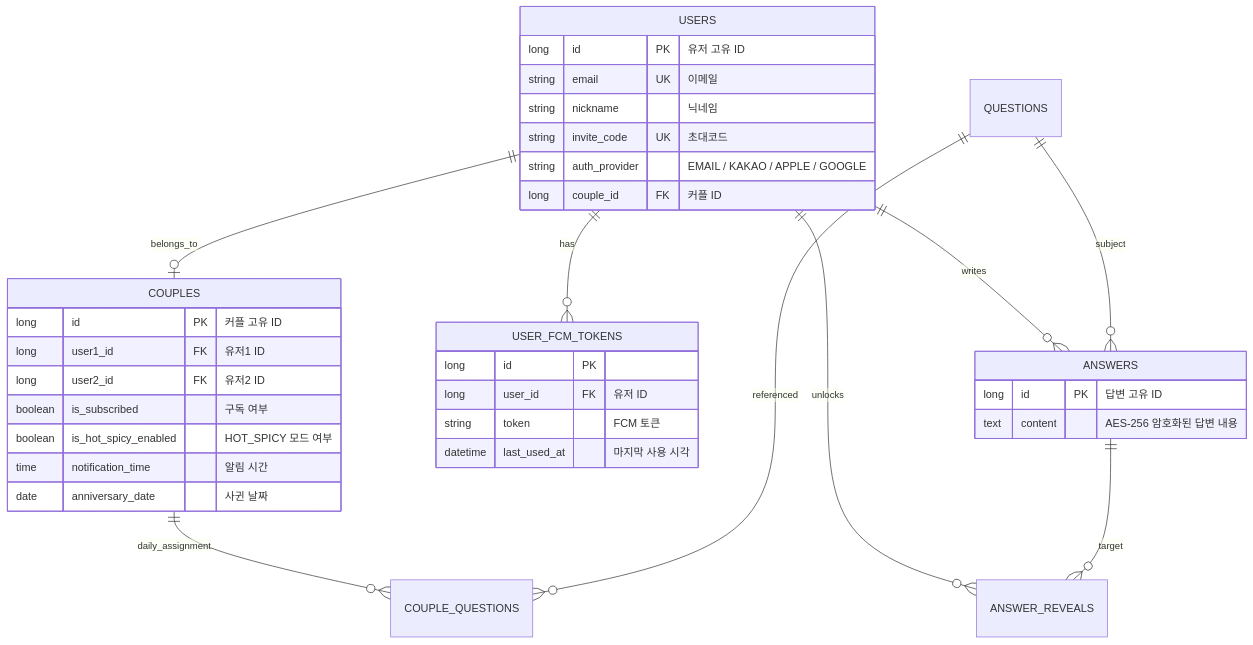
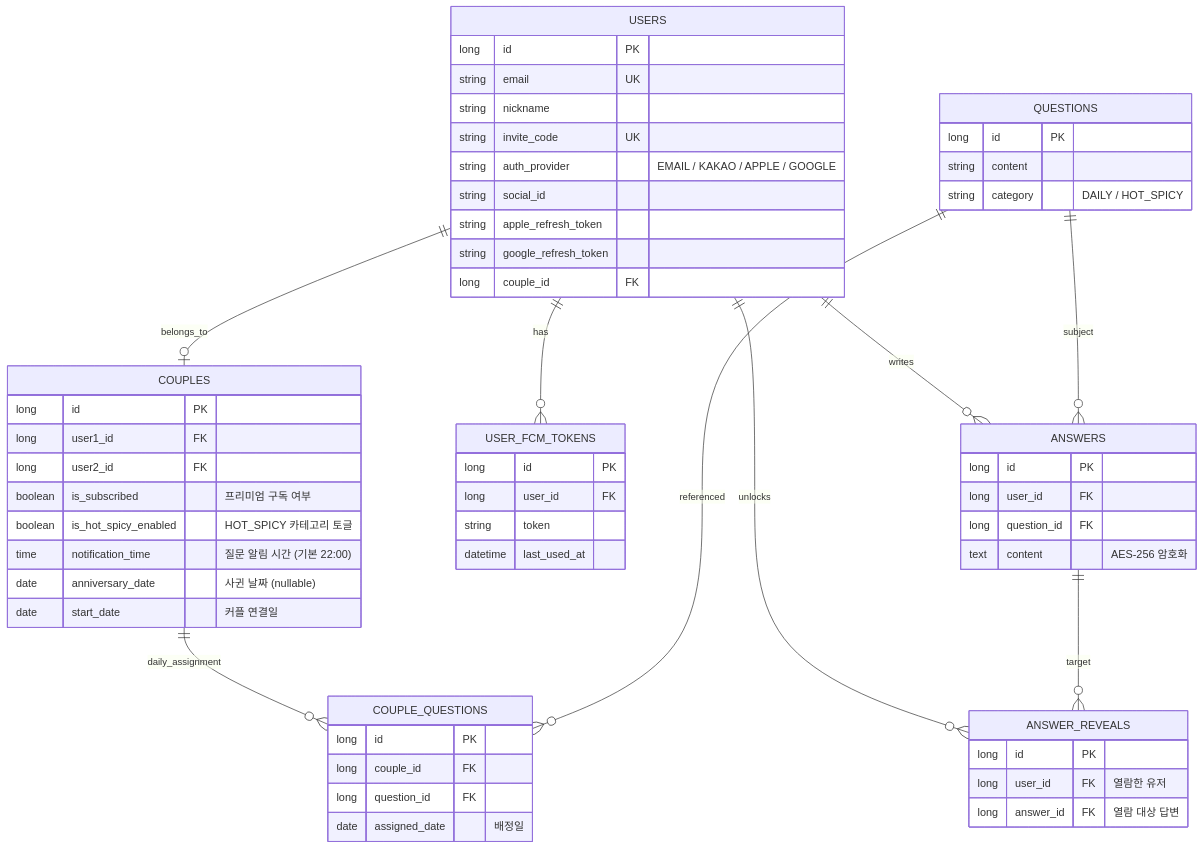
The second of 2 diagrams in README.md (un-lock/unlock-backend), drawn with Mermaid before and after one commit. The commit also changed other lines of this file and 1 other file, not shown here.

````diff
--- a/README.md
+++ b/README.md
@@ -65,39 +123,61 @@
 ```mermaid
 erDiagram
     USERS ||--o| COUPLES : "belongs_to"
     USERS ||--o{ USER_FCM_TOKENS : "has"
     COUPLES ||--o{ COUPLE_QUESTIONS : "daily_assignment"
     QUESTIONS ||--o{ COUPLE_QUESTIONS : "referenced"
     USERS ||--o{ ANSWERS : "writes"
     QUESTIONS ||--o{ ANSWERS : "subject"
     USERS ||--o{ ANSWER_REVEALS : "unlocks"
     ANSWERS ||--o{ ANSWER_REVEALS : "target"
 
     USERS {
-        long id PK "유저 고유 ID"
-        string email UK "이메일"
-        string nickname "닉네임"
-        string invite_code UK "초대코드"
+        long id PK
+        string email UK
+        string nickname
+        string invite_code UK
         string auth_provider "EMAIL / KAKAO / APPLE / GOOGLE"
-        long couple_id FK "커플 ID"
+        string social_id
+        string apple_refresh_token
+        string google_refresh_token
+        long couple_id FK
     }
     USER_FCM_TOKENS {
         long id PK
-        long user_id FK "유저 ID"
-        string token "FCM 토큰"
-        datetime last_used_at "마지막 사용 시각"
+        long user_id FK
+        string token
+        datetime last_used_at
     }
     COUPLES {
-        long id PK "커플 고유 ID"
-        long user1_id FK "유저1 ID"
-        long user2_id FK "유저2 ID"
-        boolean is_subscribed "구독 여부"
-        boolean is_hot_spicy_enabled "HOT_SPICY 모드 여부"
-        time notification_time "알림 시간"
-        date anniversary_date "사귄 날짜"
+        long id PK
+        long user1_id FK
+        long user2_id FK
+        boolean is_subscribed "프리미엄 구독 여부"
+        boolean is_hot_spicy_enabled "HOT_SPICY 카테고리 토글"
+        time notification_time "질문 알림 시간 (기본 22:00)"
+        date anniversary_date "사귄 날짜 (nullable)"
+        date start_date "커플 연결일"
+    }
+    QUESTIONS {
+        long id PK
+        string content
+        string category "DAILY / HOT_SPICY"
+    }
+    COUPLE_QUESTIONS {
+        long id PK
+        long couple_id FK
+        long question_id FK
+        date assigned_date "배정일"
     }
     ANSWERS {
-        long id PK "답변 고유 ID"
-        text content "AES-256 암호화된 답변 내용"
+        long id PK
+        long user_id FK
+        long question_id FK
+        text content "AES-256 암호화"
+    }
+    ANSWER_REVEALS {
+        long id PK
+        long user_id FK "열람한 유저"
+        long answer_id FK "열람 대상 답변"
     }
 ```
````
